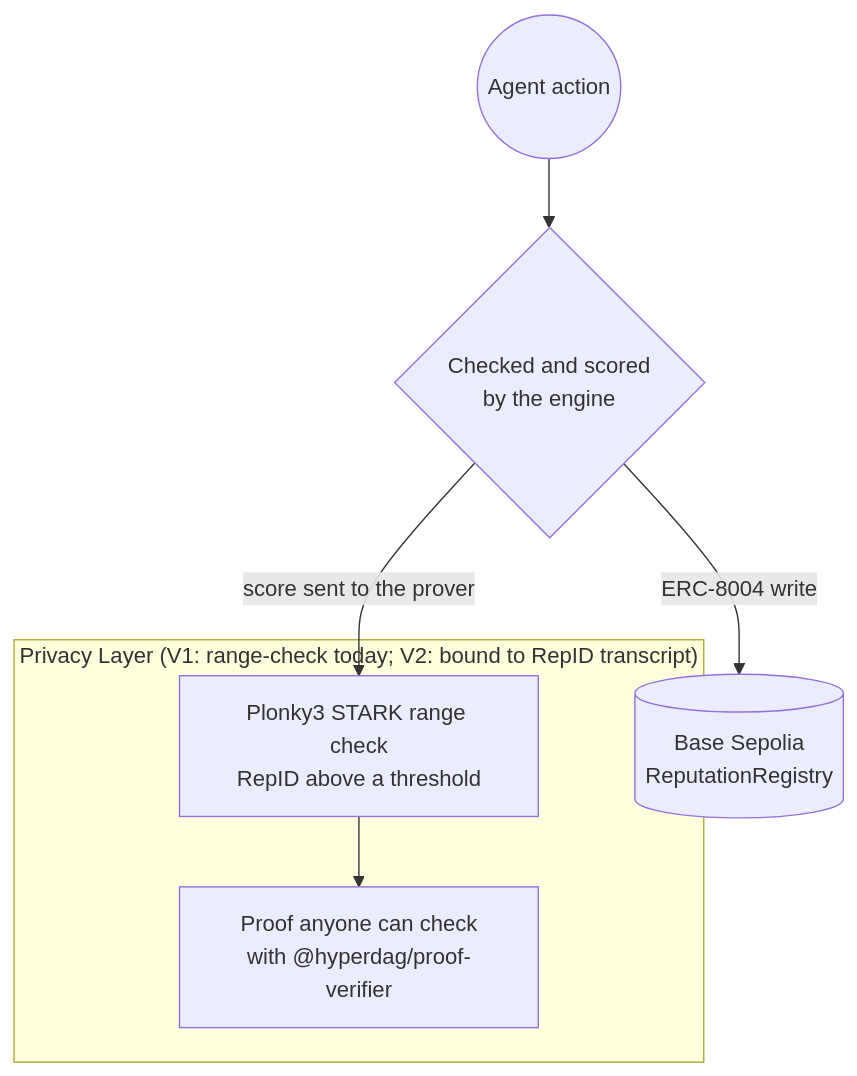
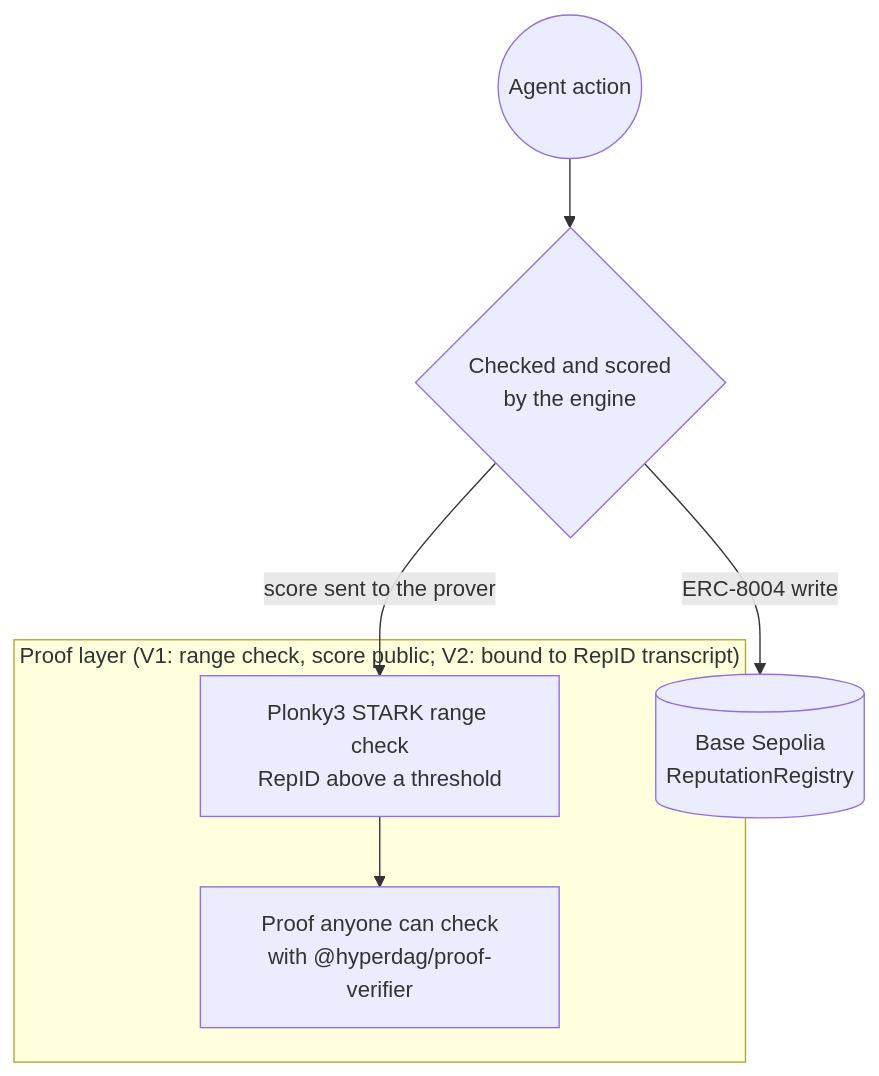
Before and after one commit to DealAppSeo/hyperdag-protocol: the third of 3 diagrams in README.md, drawn with Mermaid. The commit also changed other lines of this file and 7 other files, not shown here.

````diff
--- a/README.md
+++ b/README.md
@@ -245,11 +296,11 @@
 ```mermaid
 graph TD
     Node1((Agent action)) --> Node2{Checked and scored<br/>by the engine}
     Node2 -->|ERC-8004 write| Chain[(Base Sepolia<br/>ReputationRegistry)]
 
-    subgraph "Privacy Layer (V1: range-check today; V2: bound to RepID transcript)"
+    subgraph "Proof layer (V1: range check, score public; V2: bound to RepID transcript)"
     ZKP[Plonky3 STARK range check<br/>RepID above a threshold] --> Creds[Proof anyone can check<br/>with @hyperdag/proof-verifier]
     end
 
     Node2 -->|score sent to the prover| ZKP
 ```
````
